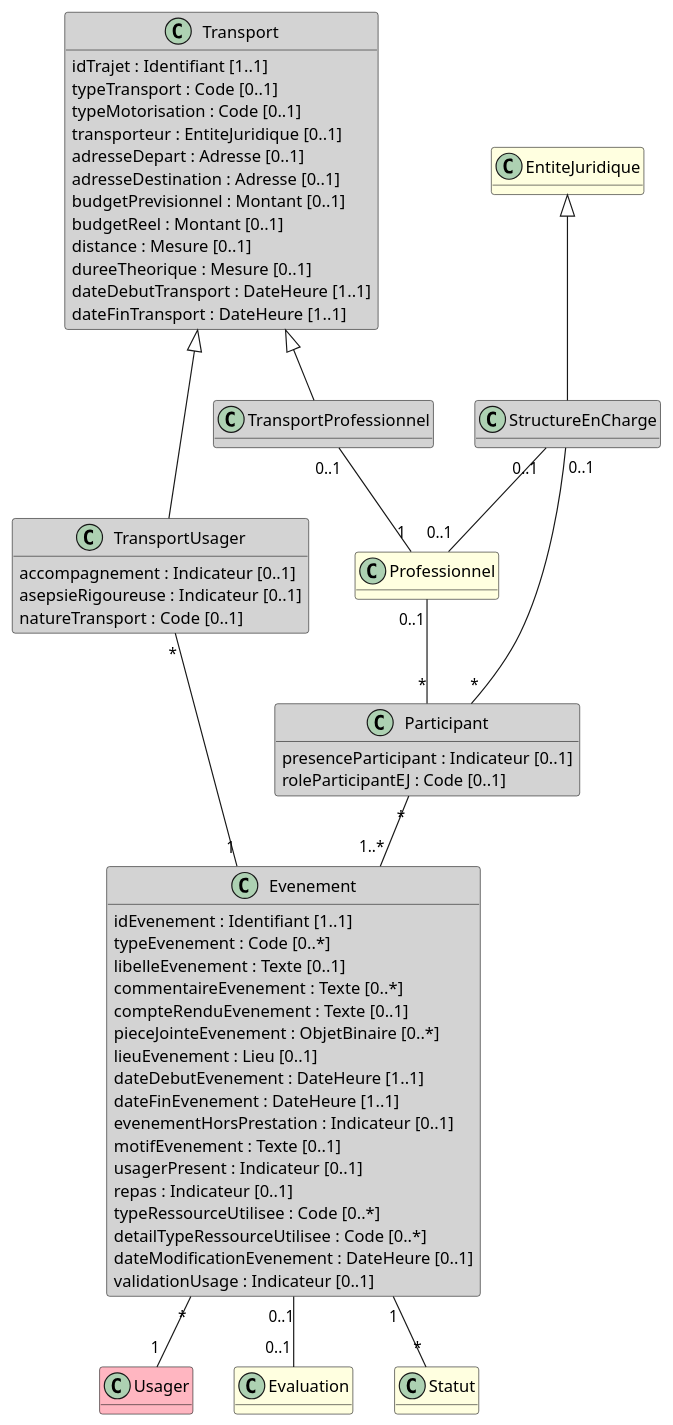
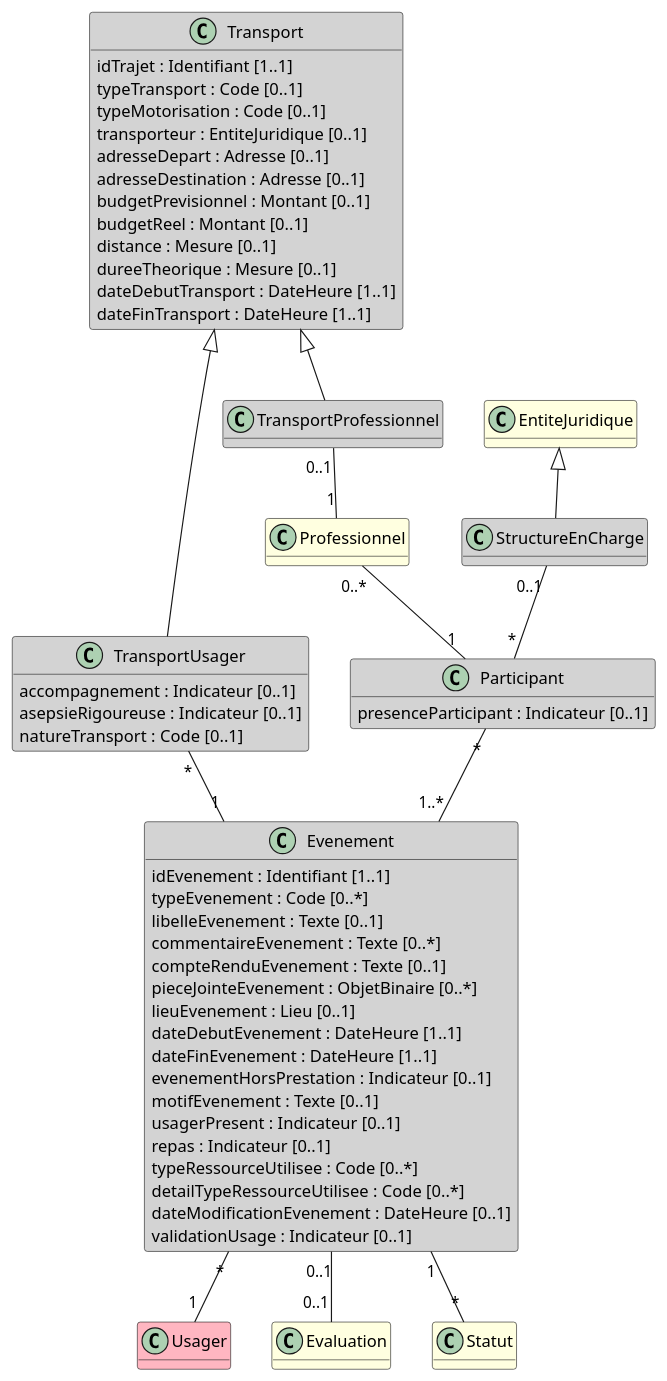
One commit to ansforge/IG-fhir-medicosocial-transfert-donnees-dui changed the diagram in input/images-source/bloc_evenement.plantuml. Above: the diagram before and after it, drawn with PlantUML. The commit also changed 1 other file, not shown here.

```diff
--- a/input/images-source/bloc_evenement.plantuml
+++ b/input/images-source/bloc_evenement.plantuml
@@ -1,85 +1,84 @@
 @startuml
 
 hide empty methods
 
 class Usager #LightPink
 
 class TransportProfessionnel #LightGray
 
 class Evaluation #LightYellow
 
 class Professionnel #LightYellow
 
 class EntiteJuridique #LightYellow
 
 class StructureEnCharge #LightGray
 
 class Statut #LightYellow 
 
 class Transport #LightGray {
     idTrajet : Identifiant [1..1]
     typeTransport : Code [0..1]
     typeMotorisation : Code [0..1]
     transporteur : EntiteJuridique [0..1]
     adresseDepart : Adresse [0..1]
     adresseDestination : Adresse [0..1]
     budgetPrevisionnel : Montant [0..1]
     budgetReel : Montant [0..1]
     distance : Mesure [0..1]
     dureeTheorique : Mesure [0..1]
     dateDebutTransport : DateHeure [1..1]
     dateFinTransport : DateHeure [1..1]
 }
 
 class TransportUsager #LightGray {
     accompagnement : Indicateur [0..1]
     asepsieRigoureuse : Indicateur [0..1]
     natureTransport : Code [0..1]
 }
 
 class Evenement #LightGray {
     idEvenement : Identifiant [1..1]
     typeEvenement : Code [0..*]
     libelleEvenement : Texte [0..1]
     commentaireEvenement : Texte [0..*]
     compteRenduEvenement : Texte [0..1]
     pieceJointeEvenement : ObjetBinaire [0..*]
     lieuEvenement : Lieu [0..1]
     dateDebutEvenement : DateHeure [1..1]
     dateFinEvenement : DateHeure [1..1]
     evenementHorsPrestation : Indicateur [0..1]
     motifEvenement : Texte [0..1]
     usagerPresent : Indicateur [0..1]
     repas : Indicateur [0..1]
     typeRessourceUtilisee : Code [0..*]
     detailTypeRessourceUtilisee : Code [0..*]
     dateModificationEvenement : DateHeure [0..1]
     validationUsage : Indicateur [0..1]
 }
 
 class Participant #LightGray {
     presenceParticipant : Indicateur [0..1]
-    roleParticipantEJ : Code [0..1]
 }
 
 Transport <|- TransportUsager
 Transport <|-- TransportProfessionnel
 
 EntiteJuridique <|-- StructureEnCharge
 
 Evenement "*" -- "1" Usager
 Participant "*" -- "1..*" Evenement
-Professionnel "0..1" -- "*" Participant
+Professionnel "0..*" -- "1" Participant
 
 
 TransportUsager "*" -- "1" Evenement
 
 TransportProfessionnel "0..1" -- "1" Professionnel
 
 Evenement "0..1" -- "0..1" Evaluation
 Evenement "1" -- "*" Statut
 
 StructureEnCharge "0..1" -- "*" Participant
-StructureEnCharge "0..1" -- "0..1" Professionnel
+
 
 @enduml
```
